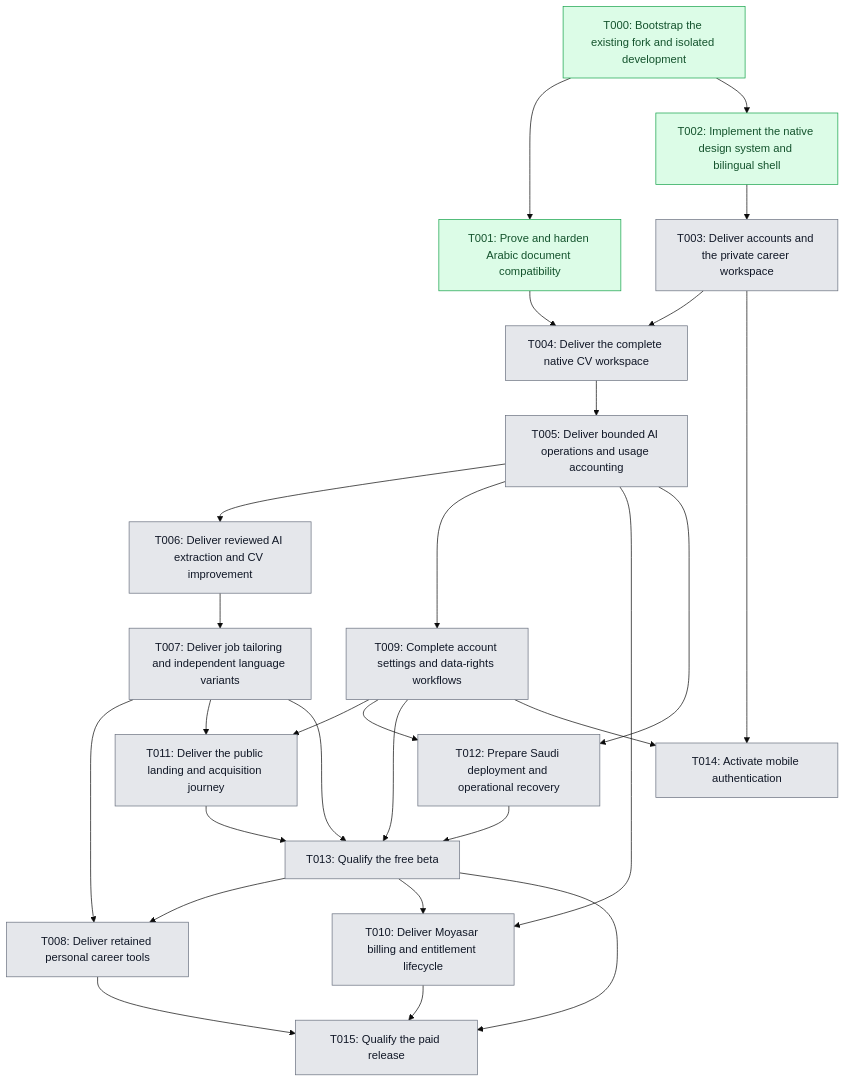
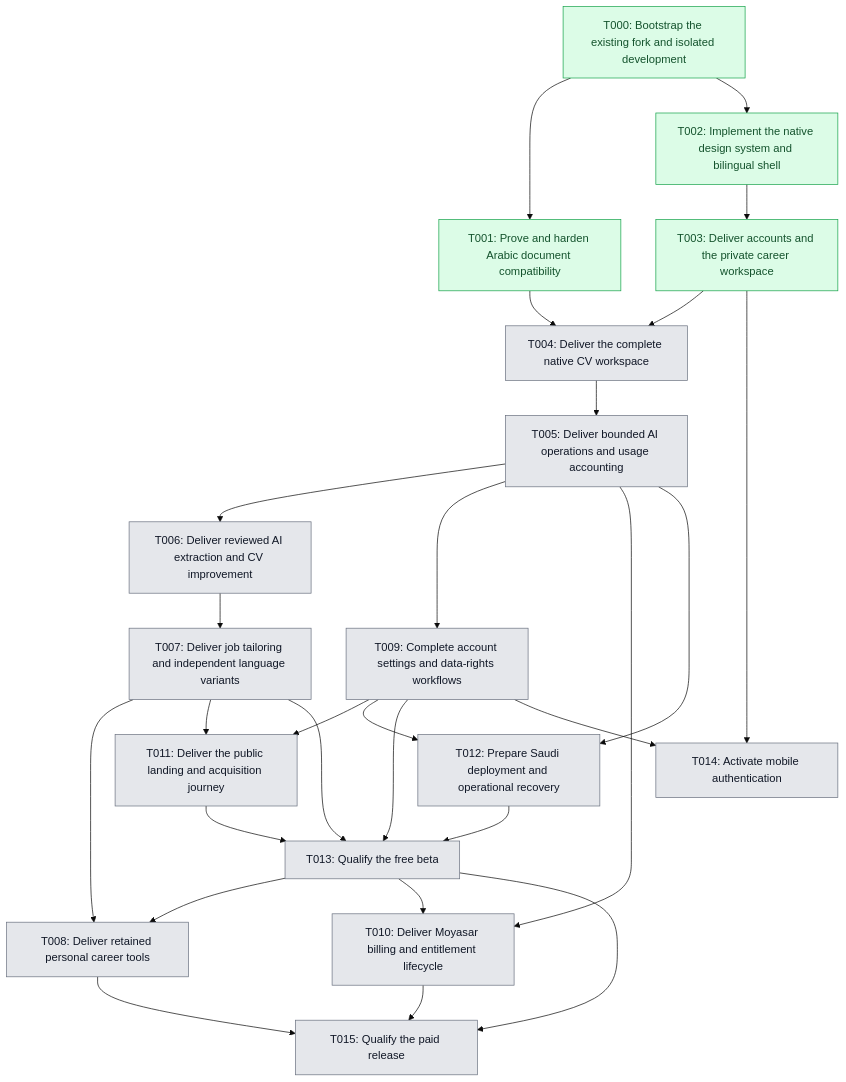
One commit to 0-sayed/master-cv changed the diagram in Planning/roadmap/dependencies.mmd. Above: the diagram before and after it, drawn with Mermaid (base theme). The commit also changed 1 other file, not shown here.

Commit message:
docs(roadmap): mark merged T003 workspace complete

```diff
--- a/Planning/roadmap/dependencies.mmd
+++ b/Planning/roadmap/dependencies.mmd
@@ -1,49 +1,49 @@
 flowchart TD
     T000["T000: Bootstrap the existing fork and isolated development"]
     T001["T001: Prove and harden Arabic document compatibility"]
     T002["T002: Implement the native design system and bilingual shell"]
     T003["T003: Deliver accounts and the private career workspace"]
     T004["T004: Deliver the complete native CV workspace"]
     T005["T005: Deliver bounded AI operations and usage accounting"]
     T006["T006: Deliver reviewed AI extraction and CV improvement"]
     T007["T007: Deliver job tailoring and independent language variants"]
     T008["T008: Deliver retained personal career tools"]
     T009["T009: Complete account settings and data-rights workflows"]
     T010["T010: Deliver Moyasar billing and entitlement lifecycle"]
     T011["T011: Deliver the public landing and acquisition journey"]
     T012["T012: Prepare Saudi deployment and operational recovery"]
     T013["T013: Qualify the free beta"]
     T014["T014: Activate mobile authentication"]
     T015["T015: Qualify the paid release"]
 
     T000 --> T001
     T000 --> T002
     T002 --> T003
     T001 --> T004
     T003 --> T004
     T004 --> T005
     T005 --> T006
     T006 --> T007
     T007 --> T008
     T013 --> T008
     T005 --> T009
     T005 --> T010
     T013 --> T010
     T007 --> T011
     T009 --> T011
     T005 --> T012
     T009 --> T012
     T007 --> T013
     T009 --> T013
     T011 --> T013
     T012 --> T013
     T003 --> T014
     T009 --> T014
     T008 --> T015
     T010 --> T015
     T013 --> T015
 
     classDef pending fill:#e5e7eb,stroke:#6b7280,color:#111827;
     classDef done fill:#dcfce7,stroke:#16a34a,color:#14532d;
-    class T000,T001,T002 done;
-    class T003,T004,T005,T006,T007,T008,T009,T010,T011,T012,T013,T014,T015 pending;
+    class T000,T001,T002,T003 done;
+    class T004,T005,T006,T007,T008,T009,T010,T011,T012,T013,T014,T015 pending;
```
